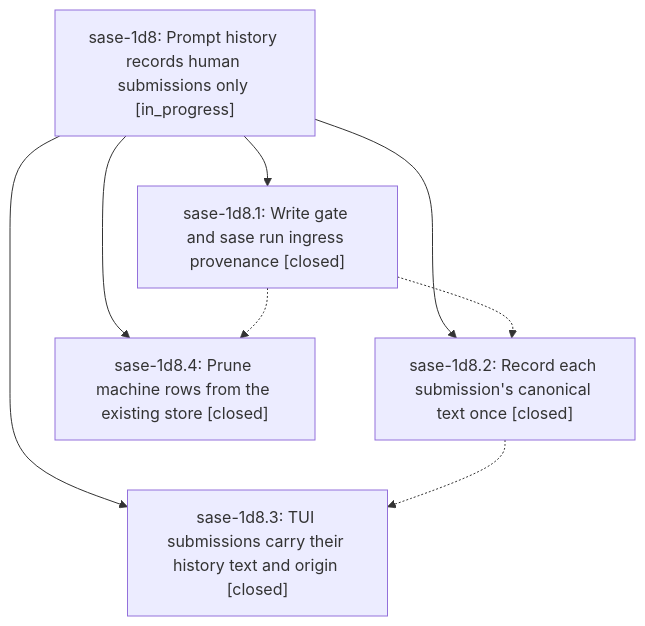
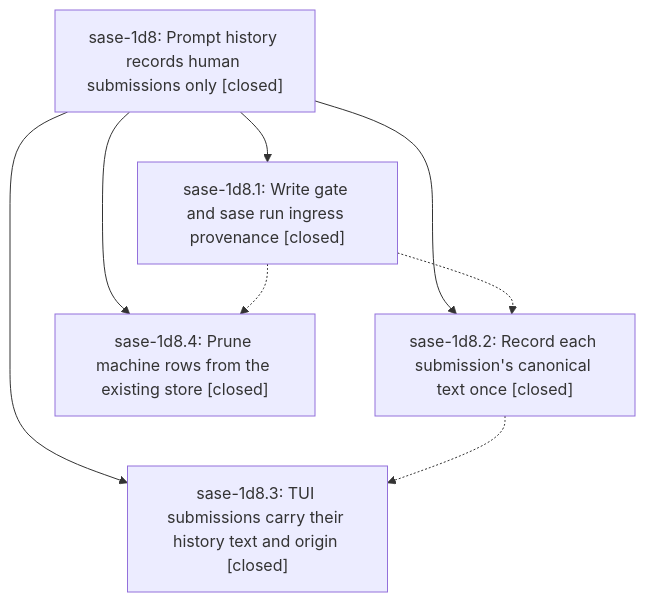
One commit to sase-org/sase--beads changed the diagram in pages/sase-1d8/README.md. Above: the diagram before and after it, drawn with Mermaid. The commit also changed other lines of this file and 2 other files, not shown here.

First line of the commit message:
chore(beads): sync bead state and pages for sase-1d8

````diff
--- a/pages/sase-1d8/README.md
+++ b/pages/sase-1d8/README.md
@@ -25,15 +33,15 @@
 ```mermaid
 flowchart TD
-    n0["sase-1d8: Prompt history records human submissions only [in_progress]"]
+    n0["sase-1d8: Prompt history records human submissions only [closed]"]
     n1["sase-1d8.1: Write gate and sase run ingress provenance [closed]"]
     n2["sase-1d8.2: Record each submission's canonical text once [closed]"]
     n3["sase-1d8.3: TUI submissions carry their history text and origin [closed]"]
     n4["sase-1d8.4: Prune machine rows from the existing store [closed]"]
     n0 --> n1
     n0 --> n2
     n0 --> n3
     n0 --> n4
     n1 -.-> n2
     n1 -.-> n4
     n2 -.-> n3
 ```
````
